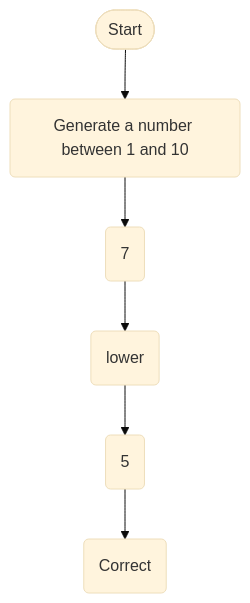
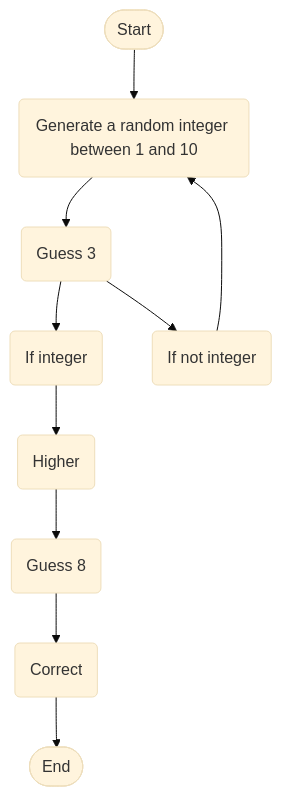
The diagram in README.md (Dlc1235/Dlc1235.github.io), drawn with Mermaid (base theme) before and after one commit.

````diff
--- a/README.md
+++ b/README.md
@@ -20,8 +20,11 @@
 ```mermaid
 flowchart TD
-  Start([Start]) --> B(Generate a number between 1 and 10)
-B --> C(7)
-C --> D(lower)
-D --> F(5)
-F --> G(Correct)
+  Start([Start]) --> B(Generate a random integer between 1 and 10)
+B --> C(Guess  3)
+C --> D(If integer) & E(If not integer)
+E --> B
+D --> F(Higher)
+F --> H(Guess 8)
+H --> I(Correct)
+I -->J([End])
 ```
````
